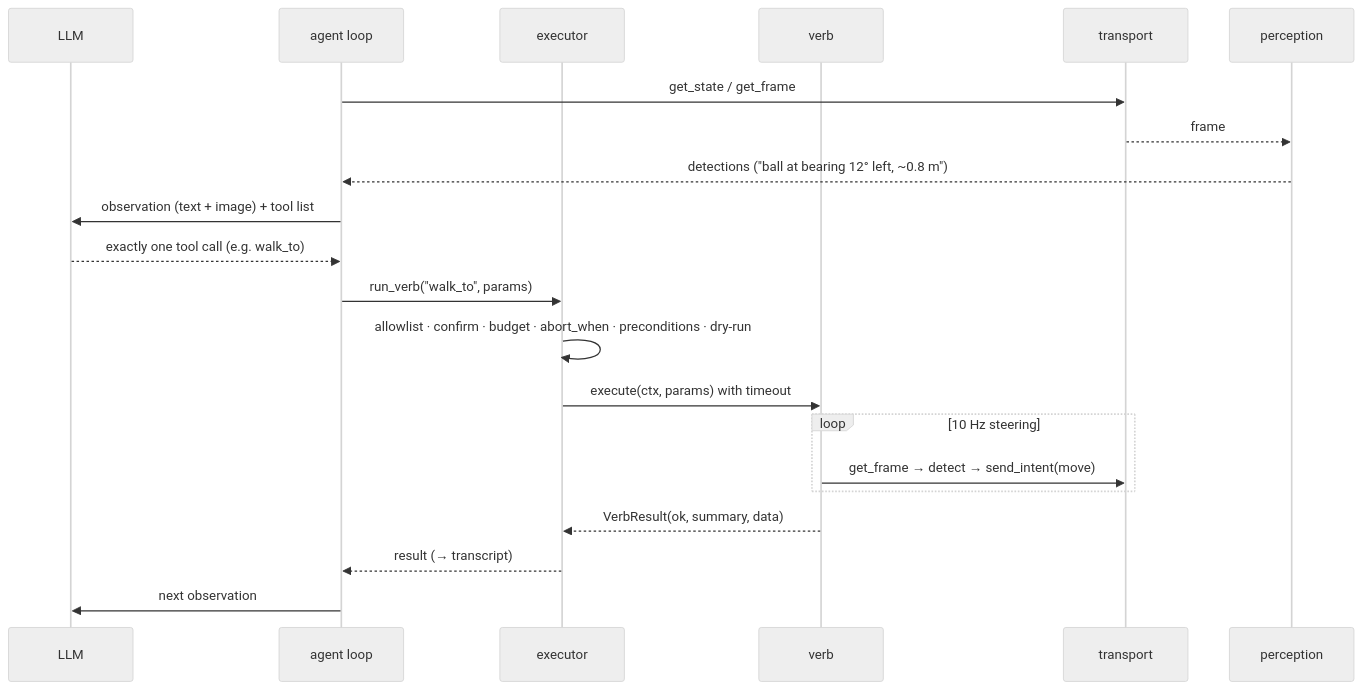
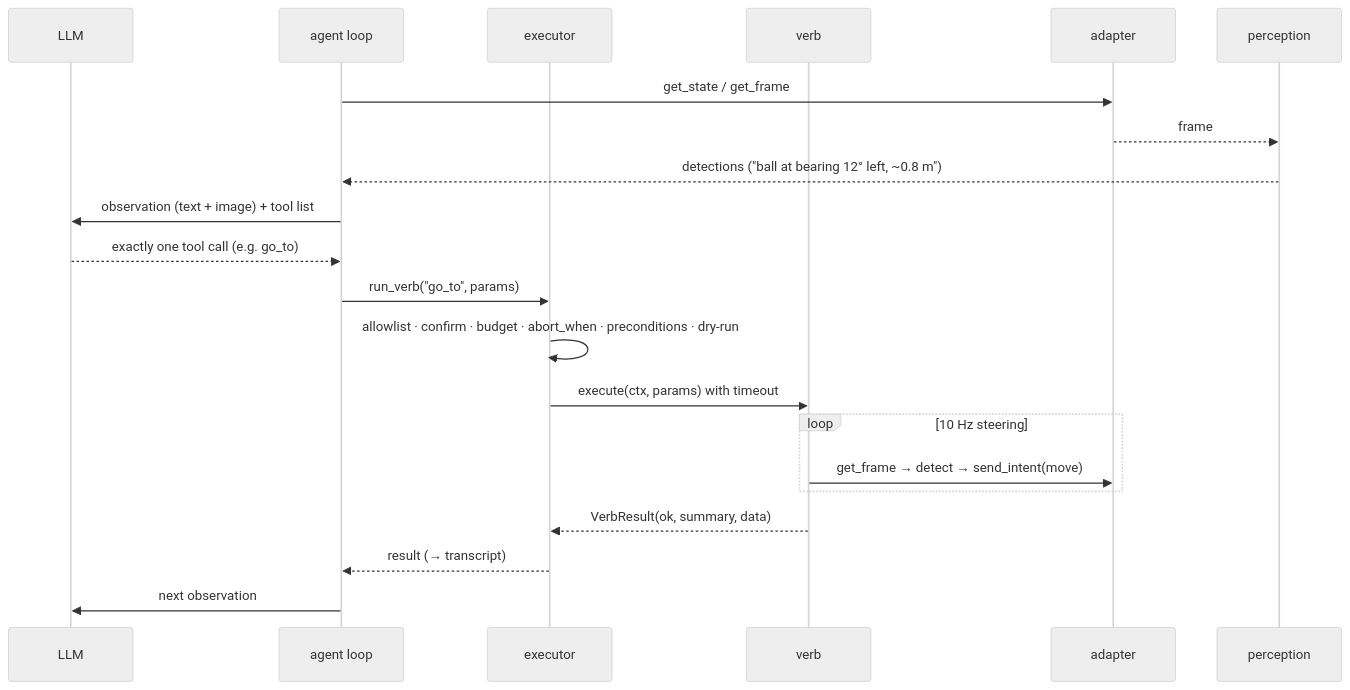
The diagram in docs/architecture.md (gianlucamazza/quackd), drawn with Mermaid (neutral theme) before and after one commit. The commit also changed other lines of this file and 8 other files, not shown here.

First line of the commit message:
docs: adapters, core verbs and --robot across architecture, mcp, safety, faq, contributing; CHANGELOG for Phase 1

````diff
--- a/docs/architecture.md
+++ b/docs/architecture.md
@@ -19,23 +26,23 @@
 ```mermaid
 sequenceDiagram
     participant L as LLM
     participant A as agent loop
     participant E as executor
     participant V as verb
-    participant T as transport
+    participant T as adapter
     participant P as perception
     A->>T: get_state / get_frame
     T-->>P: frame
     P-->>A: detections ("ball at bearing 12° left, ~0.8 m")
     A->>L: observation (text + image) + tool list
-    L-->>A: exactly one tool call (e.g. walk_to)
-    A->>E: run_verb("walk_to", params)
+    L-->>A: exactly one tool call (e.g. go_to)
+    A->>E: run_verb("go_to", params)
     E->>E: allowlist · confirm · budget · abort_when · preconditions · dry-run
     E->>V: execute(ctx, params) with timeout
     loop 10 Hz steering
         V->>T: get_frame → detect → send_intent(move)
     end
     V-->>E: VerbResult(ok, summary, data)
     E-->>A: result (→ transcript)
     A->>L: next observation
 ```
````
